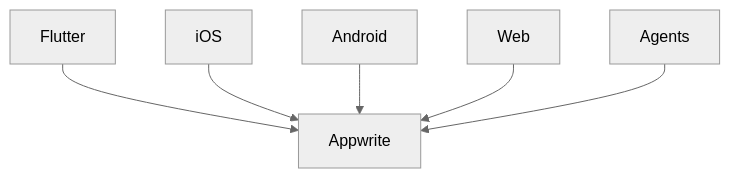
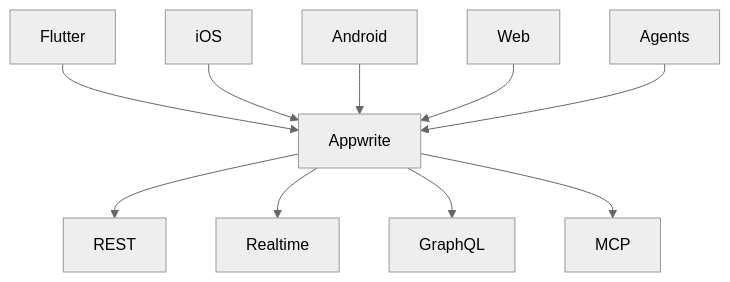
Before and after one commit to appwrite/appwrite: the diagram in README-CN.md, drawn with Mermaid (neutral theme). The commit also changed 1 other file, not shown here.

Commit message:
docs: add REST, Realtime, GraphQL, and MCP under Appwrite

````diff
--- a/README-CN.md
+++ b/README-CN.md
@@ -215,4 +215,5 @@
 ```mermaid
 flowchart TB
   Flutter & iOS & Android & Web & Agents --> Appwrite
+  Appwrite --> REST & Realtime & GraphQL & MCP
 ```
````
